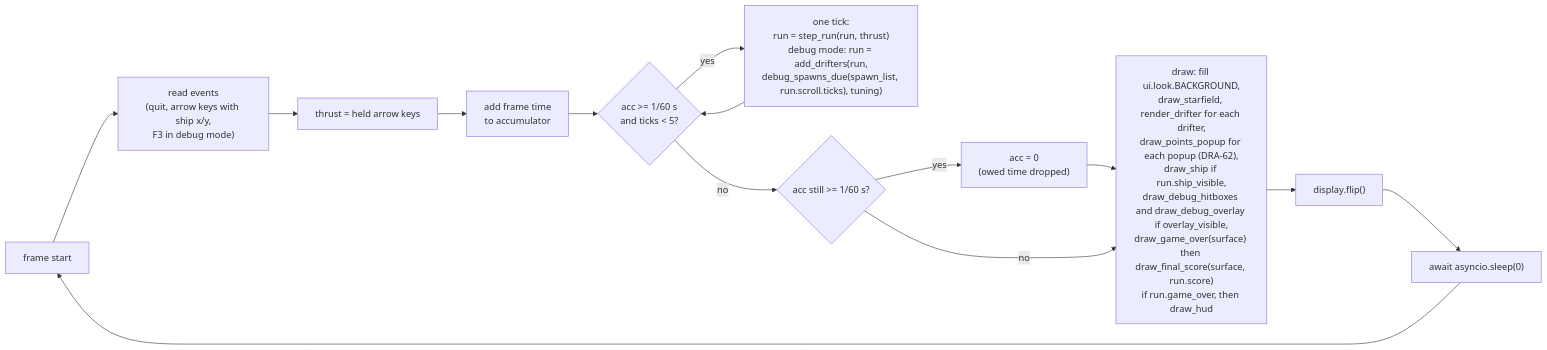
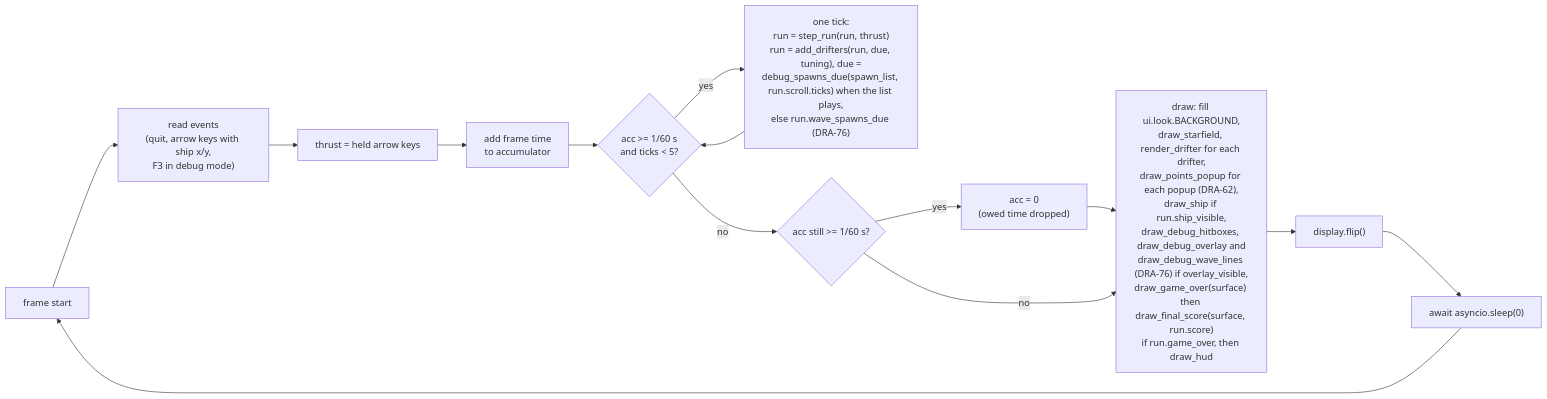
One commit to david-mntl/driftward-ace changed the third of 3 diagrams in docs/contracts/systems/app.md. Above: the diagram before and after it, drawn with Mermaid. The commit also changed other lines of this file and 18 other files, not shown here.

Commit message:
docs(contracts): add DRA-76 waves contract, wave and playlist schemas, tasks; update run, scroll, app, drifters, hud, debug overlay

````diff
--- a/docs/contracts/systems/app.md
+++ b/docs/contracts/systems/app.md
@@ -81,14 +85,14 @@
 ```mermaid
 flowchart LR
   F["frame start"] --> EV["read events<br/>(quit, arrow keys with ship x/y,<br/>F3 in debug mode)"]
   EV --> HK["thrust = held arrow keys"]
   HK --> AC["add frame time<br/>to accumulator"]
   AC --> T{"acc >= 1/60 s<br/>and ticks < 5?"}
-  T -- yes --> TK["one tick:<br/>run = step_run(run, thrust)<br/>debug mode: run = add_drifters(run,<br/>debug_spawns_due(spawn_list, run.scroll.ticks), tuning)"] --> T
+  T -- yes --> TK["one tick:<br/>run = step_run(run, thrust)<br/>run = add_drifters(run, due, tuning), due =<br/>debug_spawns_due(spawn_list, run.scroll.ticks) when the list plays,<br/>else run.wave_spawns_due (DRA-76)"] --> T
   T -- no --> CAP{"acc still >= 1/60 s?"}
   CAP -- yes --> DROP["acc = 0<br/>(owed time dropped)"] --> D
-  CAP -- no --> D["draw: fill ui.look.BACKGROUND,<br/>draw_starfield, render_drifter for each drifter,<br/>draw_points_popup for each popup (DRA-62),<br/>draw_ship if run.ship_visible,<br/>draw_debug_hitboxes and draw_debug_overlay if overlay_visible,<br/>draw_game_over(surface) then draw_final_score(surface, run.score)<br/>if run.game_over, then draw_hud"]
+  CAP -- no --> D["draw: fill ui.look.BACKGROUND,<br/>draw_starfield, render_drifter for each drifter,<br/>draw_points_popup for each popup (DRA-62),<br/>draw_ship if run.ship_visible,<br/>draw_debug_hitboxes, draw_debug_overlay and<br/>draw_debug_wave_lines (DRA-76) if overlay_visible,<br/>draw_game_over(surface) then draw_final_score(surface, run.score)<br/>if run.game_over, then draw_hud"]
   D --> FL["display.flip()"]
   FL --> Y["await asyncio.sleep(0)"]
   Y --> F
 ```
````
